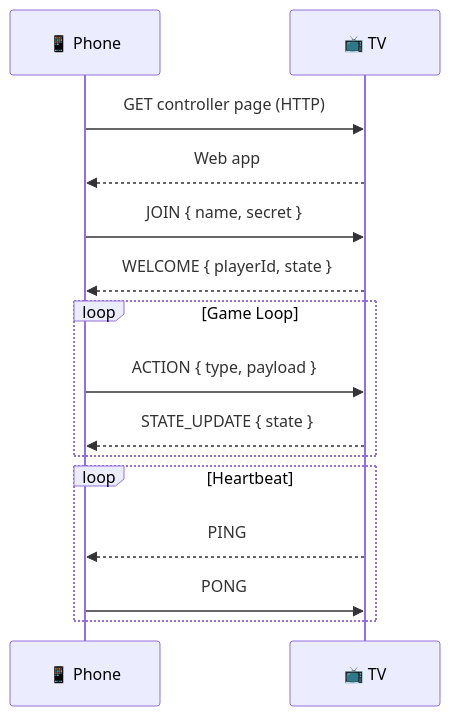
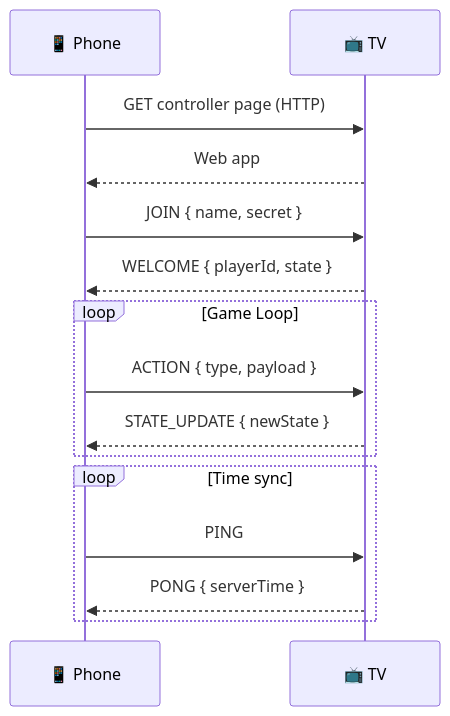
The second of 4 diagrams in README.md (faluciano/react-native-couch-kit), drawn with Mermaid before and after one commit. The commit also changed other lines of this file and 14 other files, not shown here.

````diff
--- a/README.md
+++ b/README.md
@@ -55,21 +55,21 @@
 ```mermaid
 sequenceDiagram
   participant P as 📱 Phone
   participant TV as 📺 TV
 
   P->>TV: GET controller page (HTTP)
   TV-->>P: Web app
 
   P->>TV: JOIN { name, secret }
   TV-->>P: WELCOME { playerId, state }
 
   loop Game Loop
     P->>TV: ACTION { type, payload }
-    TV-->>P: STATE_UPDATE { state }
+    TV-->>P: STATE_UPDATE { newState }
   end
 
-  loop Heartbeat
-    TV-->>P: PING
-    P->>TV: PONG
+  loop Time sync
+    P->>TV: PING
+    TV-->>P: PONG { serverTime }
   end
 ```
````
